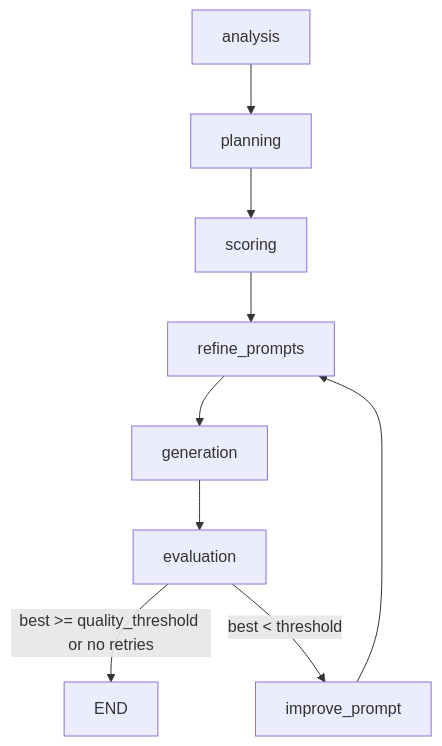
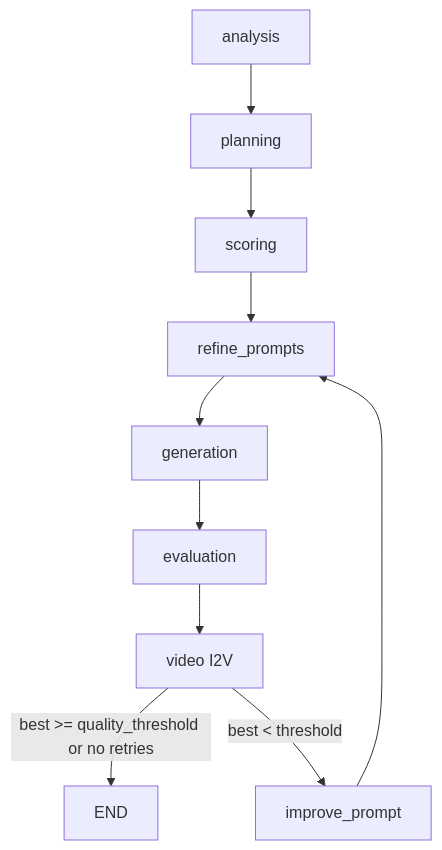
One commit to anton1evdokimov/ai_creative_studio changed the diagram in README.md. Above: the diagram before and after it, drawn with Mermaid. The commit also changed other lines of this file and 13 other files, not shown here.

````diff
--- a/README.md
+++ b/README.md
@@ -11,11 +11,12 @@
 ```mermaid
 flowchart TD
   A[analysis] --> P[planning]
   P --> S[scoring]
   S --> R[refine_prompts]
   R --> G[generation]
   G --> E[evaluation]
-  E -->|best >= quality_threshold or no retries| END[END]
-  E -->|best < threshold| I[improve_prompt]
+  E --> V[video I2V]
+  V -->|best >= quality_threshold or no retries| END[END]
+  V -->|best < threshold| I[improve_prompt]
   I --> R
 ```
````
